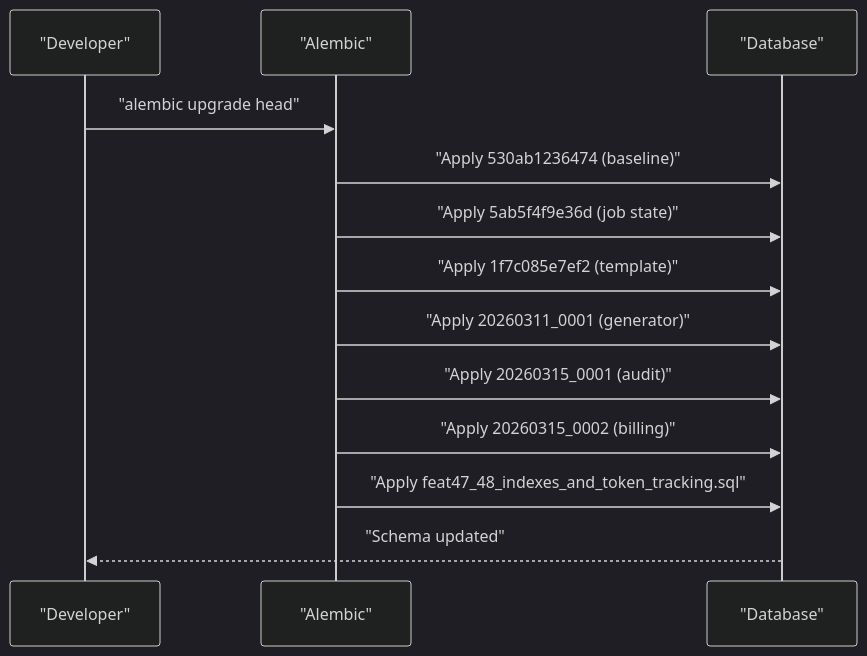
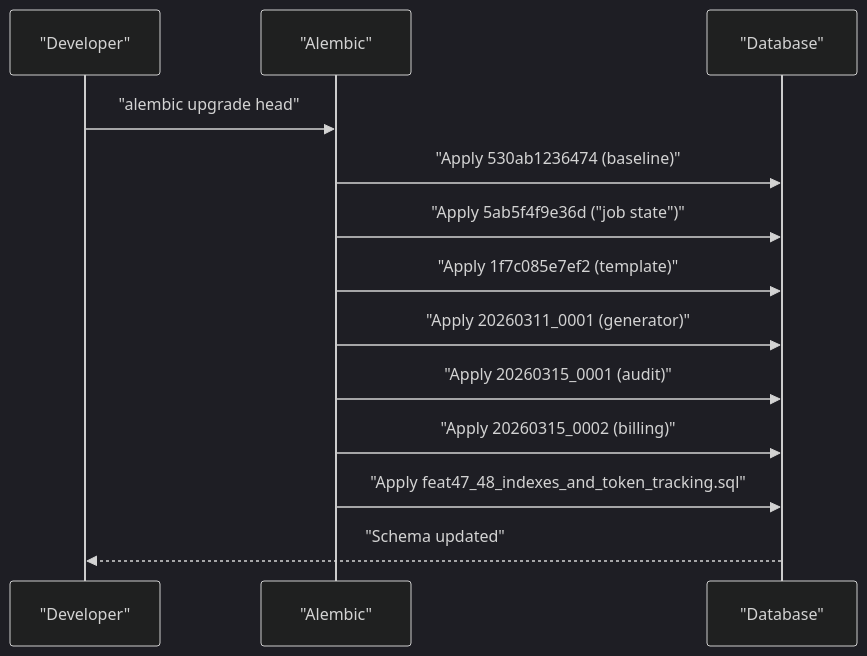
The fourth of 4 diagrams in docs/docs/knowledge/Database Design/Database Schema.md (rohitkumarnaidu/ScholarFormAI), drawn with Mermaid (dark theme) before and after one commit. The commit also changed other lines of this file and 611 other files, not shown here.

````diff
--- a/docs/docs/knowledge/Database Design/Database Schema.md
+++ b/docs/docs/knowledge/Database Design/Database Schema.md
@@ -546,15 +546,15 @@
 ```mermaid
 sequenceDiagram
 participant Dev as "Developer"
 participant Alembic as "Alembic"
 participant DB as "Database"
 Dev->>Alembic : "alembic upgrade head"
 Alembic->>DB : "Apply 530ab1236474 (baseline)"
-Alembic->>DB : "Apply 5ab5f4f9e36d (job state)"
+Alembic->>DB : "Apply 5ab5f4f9e36d ("job state")"
 Alembic->>DB : "Apply 1f7c085e7ef2 (template)"
 Alembic->>DB : "Apply 20260311_0001 (generator)"
 Alembic->>DB : "Apply 20260315_0001 (audit)"
 Alembic->>DB : "Apply 20260315_0002 (billing)"
 Alembic->>DB : "Apply feat47_48_indexes_and_token_tracking.sql"
 DB-->>Dev : "Schema updated"
 ```
````
